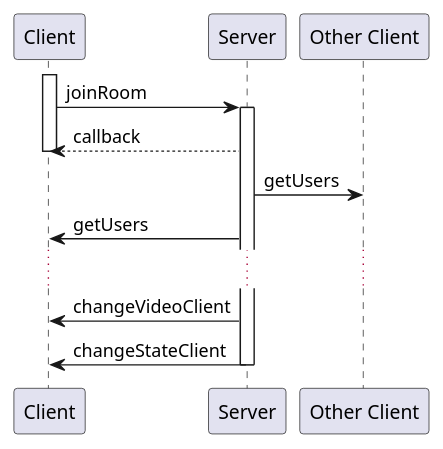
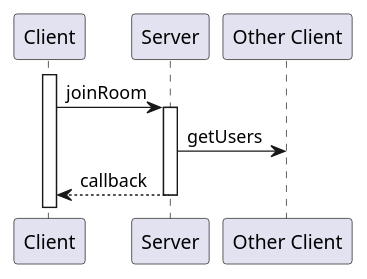
Before and after one commit to Dragicafit/Anime-Watch-Parties: the diagram in wiki/resource/joinRoom.puml, drawn with PlantUML. The commit also changed 21 other files, not shown here.

```diff
--- a/wiki/resource/joinRoom.puml
+++ b/wiki/resource/joinRoom.puml
@@ -1,15 +1,10 @@
 @startuml joinRoom
 
 activate Client
 Client -> Server: joinRoom
 activate Server
+Server -> "Other Client": getUsers
 Client <-- Server: callback
-deactivate Client
-Server -> "Other Client": getUsers
-Client <- Server: getUsers
-...
-Client <- Server: changeVideoClient
-Client <- Server: changeStateClient
 deactivate Server
 
 @enduml
```
